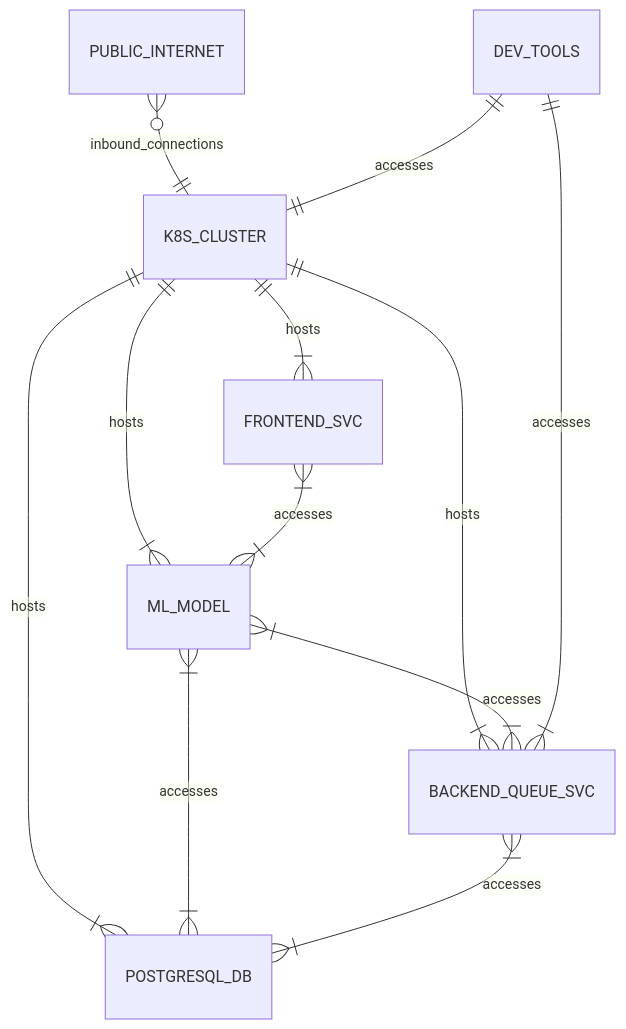
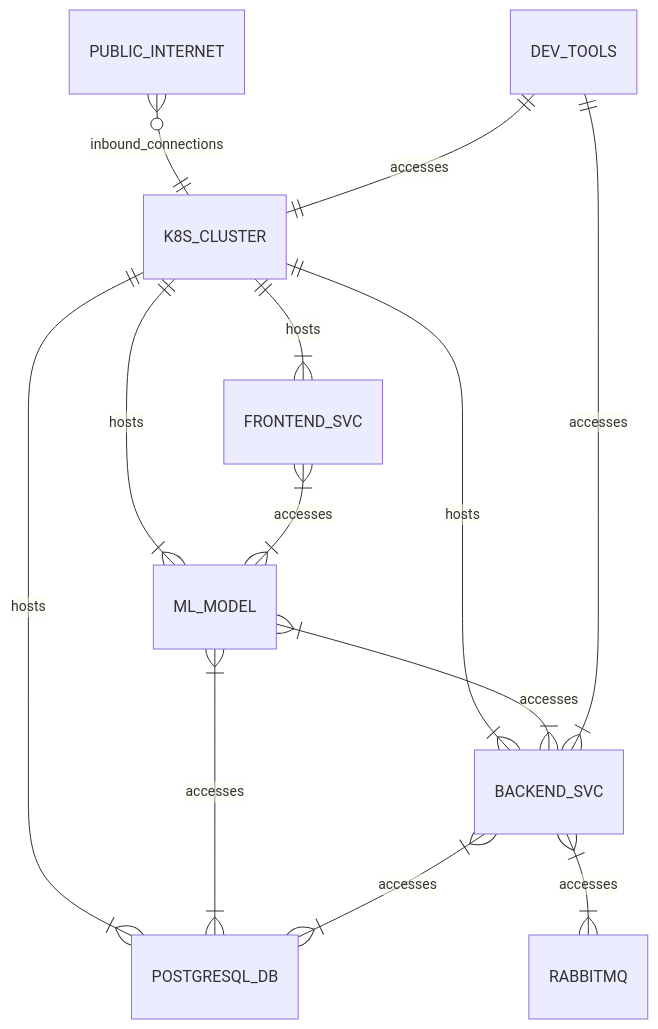
Before and after one commit to mxava/mcbroken-ml: the first of 3 diagrams in ARCHITECTURE.md, drawn with Mermaid. The commit also changed other lines of this file and 6 other files, not shown here.

````diff
--- a/ARCHITECTURE.md
+++ b/ARCHITECTURE.md
@@ -7,14 +7,15 @@
 ```mermaid
 erDiagram
     PUBLIC_INTERNET }o--|| K8S_CLUSTER : inbound_connections
     K8S_CLUSTER ||--|{ FRONTEND_SVC : hosts
     K8S_CLUSTER ||--|{ ML_MODEL : hosts
-    K8S_CLUSTER ||--|{ BACKEND_QUEUE_SVC : hosts
+    K8S_CLUSTER ||--|{ BACKEND_SVC : hosts
     K8S_CLUSTER ||--|{ POSTGRESQL_DB : hosts
     FRONTEND_SVC }|--|{ ML_MODEL : accesses
     ML_MODEL }|--|{ POSTGRESQL_DB : accesses
-    ML_MODEL }|--|{ BACKEND_QUEUE_SVC : accesses
-    BACKEND_QUEUE_SVC }|--|{ POSTGRESQL_DB : accesses
-    DEV_TOOLS ||--|{ BACKEND_QUEUE_SVC : accesses
+    ML_MODEL }|--|{ BACKEND_SVC : accesses
+    BACKEND_SVC }|--|{ POSTGRESQL_DB : accesses
+    BACKEND_SVC }|--|{ RABBITMQ : accesses
+    DEV_TOOLS ||--|{ BACKEND_SVC : accesses
     DEV_TOOLS ||--|| K8S_CLUSTER : accesses
 ```
````
